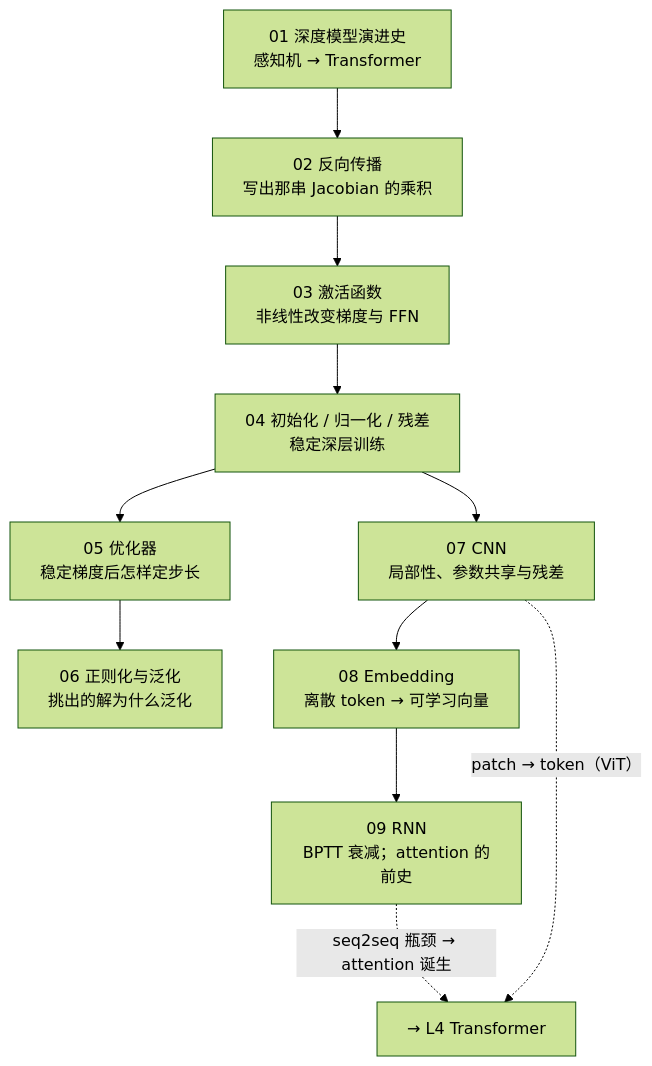
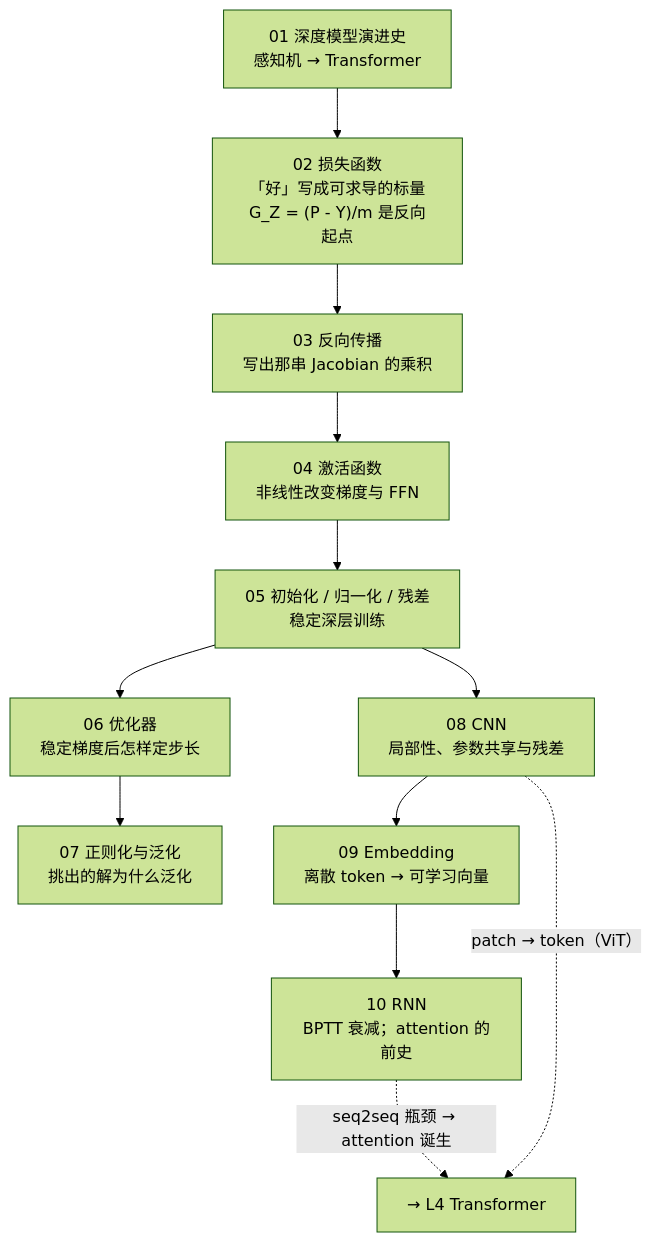
One commit to arganzheng/arganzheng.github.com changed the first of 2 diagrams in _posts/2026-03-29-deep-learning-foundations-series-recap-and-self-test.md. Above: the diagram before and after it, drawn with Mermaid (forest theme). The commit also changed other lines of this file, not shown here.

````diff
--- a/_posts/2026-03-29-deep-learning-foundations-series-recap-and-self-test.md
+++ b/_posts/2026-03-29-deep-learning-foundations-series-recap-and-self-test.md
@@ -21,16 +21,17 @@
 ```mermaid
 %%{init: {"flowchart": {"wrappingWidth": 190}}}%%
 %% 图：深度学习基础全景：写出梯度、看激活、稳定训练、定步长、看泛化，再走过卷积、表示与循环
 flowchart TB
-    H["01 深度模型演进史<br/>感知机 → Transformer"] --> D1["02 反向传播<br/>写出那串 Jacobian 的乘积"]
-    D1 --> D2["03 激活函数<br/>非线性改变梯度与 FFN"]
-    D2 --> D3["04 初始化 / 归一化 / 残差<br/>稳定深层训练"]
-    D3 --> D4["05 优化器<br/>稳定梯度后怎样定步长"]
-    D4 --> D5["06 正则化与泛化<br/>挑出的解为什么泛化"]
-    D3 --> D6["07 CNN<br/>局部性、参数共享与残差"]
-    D6 --> D7["08 Embedding<br/>离散 token → 可学习向量"]
-    D7 --> D8["09 RNN<br/>BPTT 衰减；attention 的前史"]
+    H["01 深度模型演进史<br/>感知机 → Transformer"] --> D0["02 损失函数<br/>「好」写成可求导的标量<br/>G_Z = (P - Y)/m 是反向起点"]
+    D0 --> D1["03 反向传播<br/>写出那串 Jacobian 的乘积"]
+    D1 --> D2["04 激活函数<br/>非线性改变梯度与 FFN"]
+    D2 --> D3["05 初始化 / 归一化 / 残差<br/>稳定深层训练"]
+    D3 --> D4["06 优化器<br/>稳定梯度后怎样定步长"]
+    D4 --> D5["07 正则化与泛化<br/>挑出的解为什么泛化"]
+    D3 --> D6["08 CNN<br/>局部性、参数共享与残差"]
+    D6 --> D7["09 Embedding<br/>离散 token → 可学习向量"]
+    D7 --> D8["10 RNN<br/>BPTT 衰减；attention 的前史"]
     D8 -. "seq2seq 瓶颈 → attention 诞生" .-> T["→ L4 Transformer"]
     D6 -. "patch → token（ViT）" .-> T
 
 ```
````
